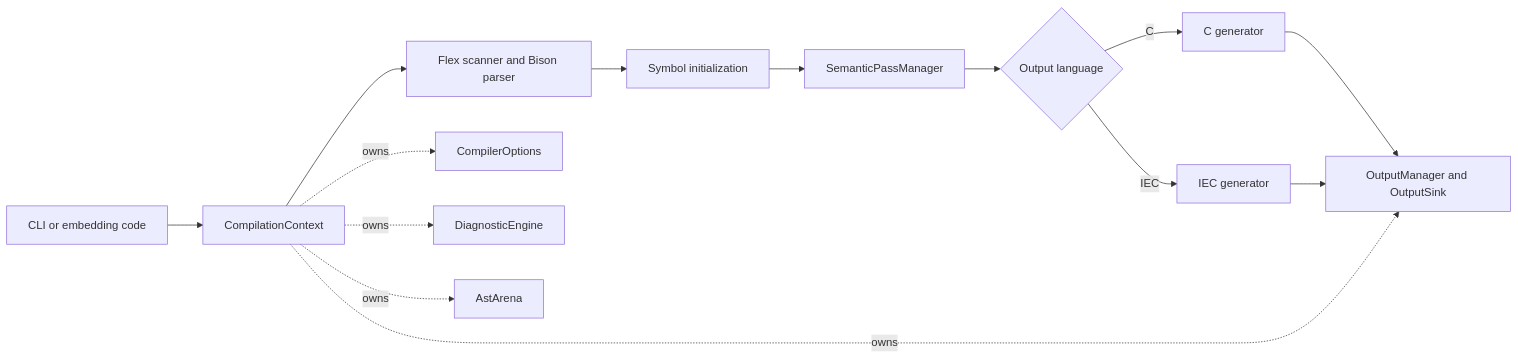
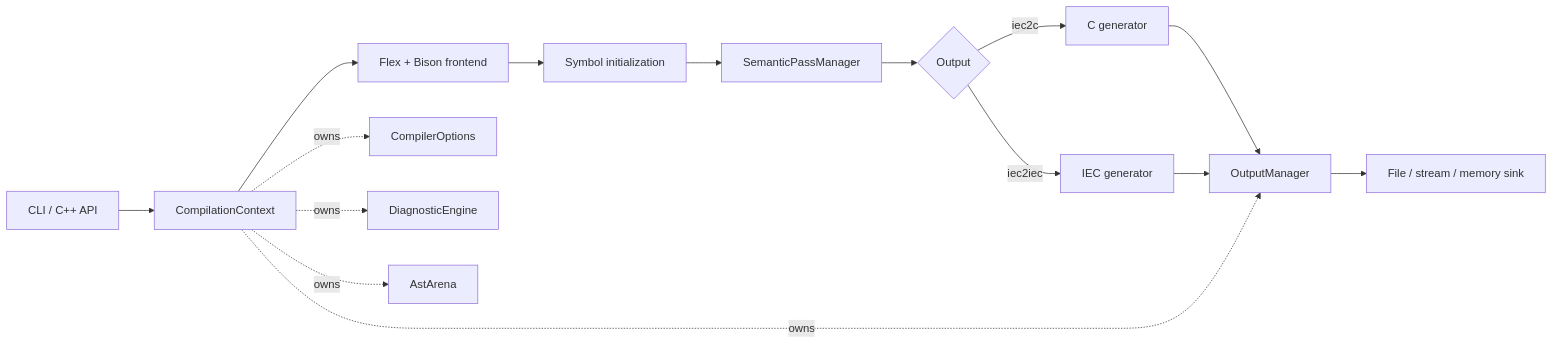
One commit to mengmengjiang1999/matiec changed the diagram in README.md. Above: the diagram before and after it, drawn with Mermaid. The commit also changed other lines of this file and 1 other file, not shown here.

````diff
--- a/README.md
+++ b/README.md
@@ -103,17 +137,18 @@
 ```mermaid
 flowchart LR
-    A[CLI or embedding code] --> B[CompilationContext]
-    B --> C[Flex scanner and Bison parser]
-    C --> D[Symbol initialization]
-    D --> E[SemanticPassManager]
-    E --> F{Output language}
-    F -->|C| G[C generator]
-    F -->|IEC| H[IEC generator]
-    G --> I[OutputManager and OutputSink]
-    H --> I
+    Entry[CLI / C++ API] --> Context[CompilationContext]
+    Context --> Frontend[Flex + Bison frontend]
+    Frontend --> Symbols[Symbol initialization]
+    Symbols --> Passes[SemanticPassManager]
+    Passes --> Select{Output}
+    Select -->|iec2c| CGen[C generator]
+    Select -->|iec2iec| IECGen[IEC generator]
+    CGen --> Output[OutputManager]
+    IECGen --> Output
+    Output --> Sink[File / stream / memory sink]
 
-    B -. owns .-> J[CompilerOptions]
-    B -. owns .-> K[DiagnosticEngine]
-    B -. owns .-> L[AstArena]
-    B -. owns .-> I
+    Context -. owns .-> Options[CompilerOptions]
+    Context -. owns .-> Diagnostics[DiagnosticEngine]
+    Context -. owns .-> Arena[AstArena]
+    Context -. owns .-> Output
 ```
````
